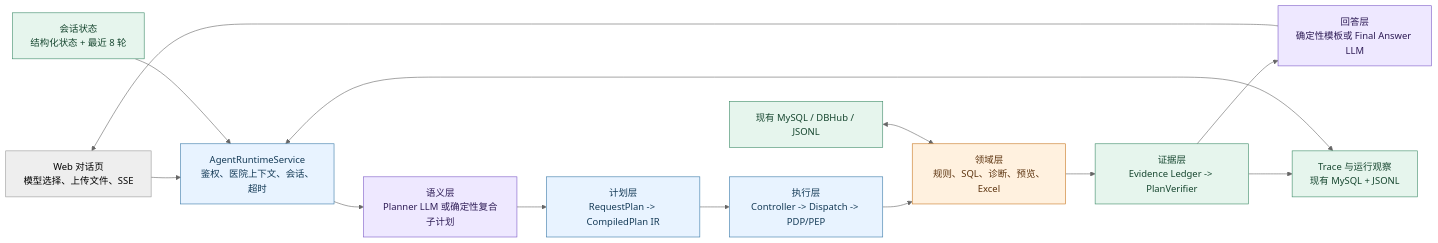
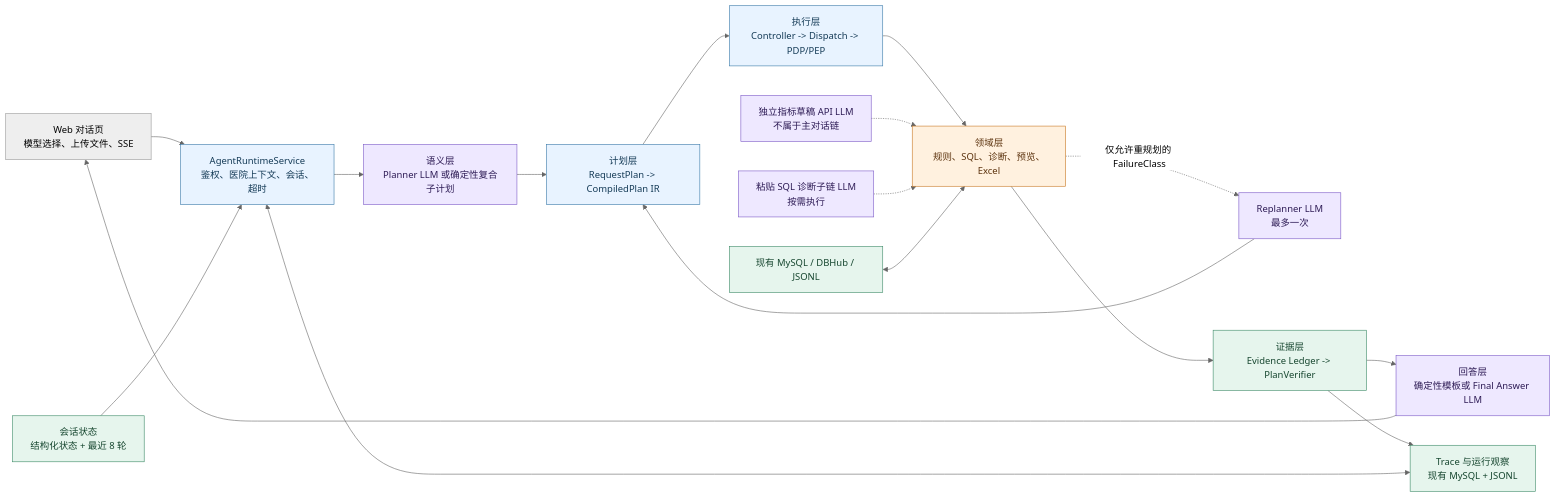
One commit to KK456701/wiki-project changed the first of 4 diagrams in docs/architecture/agent-runtime-summary-and-spring-ai.md. Above: the diagram before and after it, drawn with Mermaid (neutral theme). The commit also changed other lines of this file, not shown here.

Commit message:
docs: 校正 Agent LLM 节点说明

````diff
--- a/docs/architecture/agent-runtime-summary-and-spring-ai.md
+++ b/docs/architecture/agent-runtime-summary-and-spring-ai.md
@@ -25,25 +25,30 @@
 ```mermaid
 flowchart LR
     UI["Web 对话页<br/>模型选择、上传文件、SSE"] --> API["AgentRuntimeService<br/>鉴权、医院上下文、会话、超时"]
     API --> SEM["语义层<br/>Planner LLM 或确定性复合子计划"]
     SEM --> IR["计划层<br/>RequestPlan -> CompiledPlan IR"]
     IR --> EXEC["执行层<br/>Controller -> Dispatch -> PDP/PEP"]
     EXEC --> DOMAIN["领域层<br/>规则、SQL、诊断、预览、Excel"]
+    DOMAIN -.->|"仅允许重规划的 FailureClass"| REPLAN["Replanner LLM<br/>最多一次"]
+    REPLAN --> IR
     DOMAIN --> EV["证据层<br/>Evidence Ledger -> PlanVerifier"]
     EV --> OUT["回答层<br/>确定性模板或 Final Answer LLM"]
     OUT --> UI
+
+    DRAFT["独立指标草稿 API LLM<br/>不属于主对话链"] -.-> DOMAIN
+    DIAG["粘贴 SQL 诊断子链 LLM<br/>按需执行"] -.-> DOMAIN
 
     MEM["会话状态<br/>结构化状态 + 最近 8 轮"] --> API
     DB["现有 MySQL / DBHub / JSONL"] <--> DOMAIN
     TRACE["Trace 与运行观察<br/>现有 MySQL + JSONL"] <--> API
     EV --> TRACE
 
     classDef llm fill:#eee8ff,stroke:#7c5ac7,color:#2d1b55;
     classDef code fill:#e8f3ff,stroke:#3979a8,color:#153b57;
     classDef tool fill:#fff1df,stroke:#c87924,color:#5c330e;
     classDef storage fill:#e6f5ed,stroke:#3d8b68,color:#16462f;
-    class SEM,OUT llm;
+    class SEM,REPLAN,OUT,DRAFT,DIAG llm;
     class API,IR,EXEC code;
     class DOMAIN tool;
     class MEM,DB,EV,TRACE storage;
 ```
````
